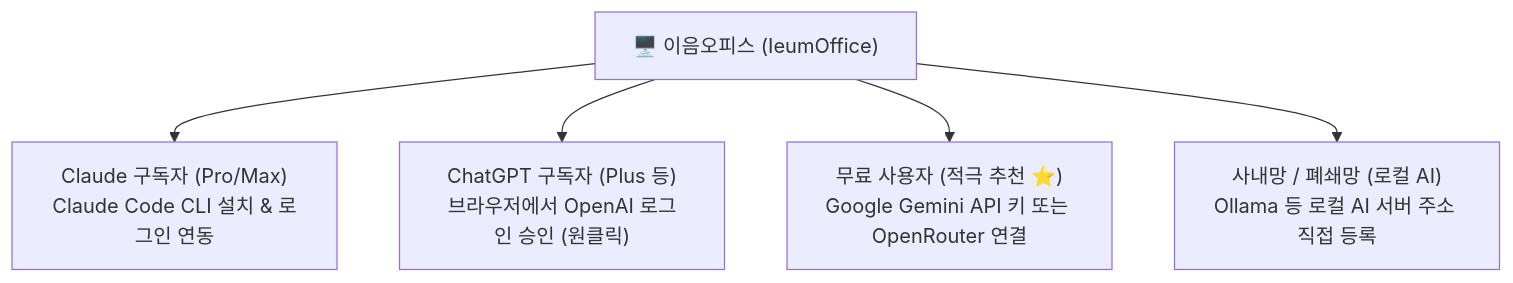
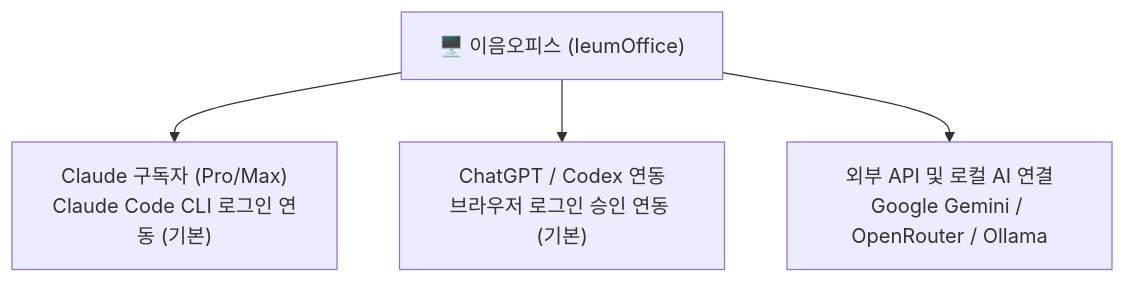
Before and after one commit to gilson0516/opencode-guide: the diagram in 오픈코드21.md, drawn with Mermaid. The commit also changed other lines of this file and 30 other files, not shown here.

Commit message:
docs: refine OpenCode series and README index

````diff
--- a/오픈코드21.md
+++ b/오픈코드21.md
@@ -178,7 +65,6 @@
 ```mermaid
 flowchart TD
-    App["🖥️ 이음오피스 (IeumOffice)"] --> O1["Claude 구독자 (Pro/Max)<br>Claude Code CLI 설치 & 로그인 연동"]
-    App --> O2["ChatGPT 구독자 (Plus 등)<br>브라우저에서 OpenAI 로그인 승인 (원클릭)"]
-    App --> O3["무료 사용자 (적극 추천 ⭐)<br>Google Gemini API 키 또는 OpenRouter 연결"]
-    App --> O4["사내망 / 폐쇄망 (로컬 AI)<br>Ollama 등 로컬 AI 서버 주소 직접 등록"]
+    App["🖥️ 이음오피스 (IeumOffice)"] --> O1["Claude 구독자 (Pro/Max)<br>Claude Code CLI 로그인 연동 (기본)"]
+    App --> O2["ChatGPT / Codex 연동<br>브라우저 로그인 승인 연동 (기본)"]
+    App --> O3["외부 API 및 로컬 AI 연결<br>Google Gemini / OpenRouter / Ollama"]
 ```
````
